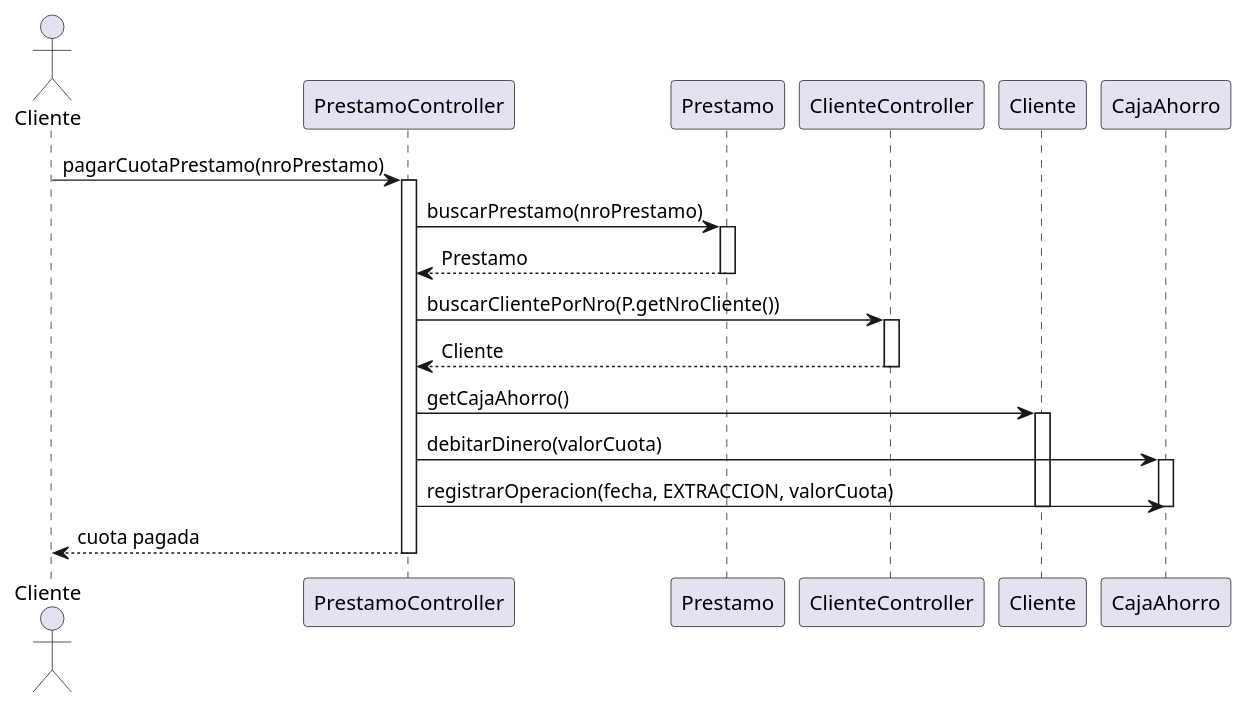
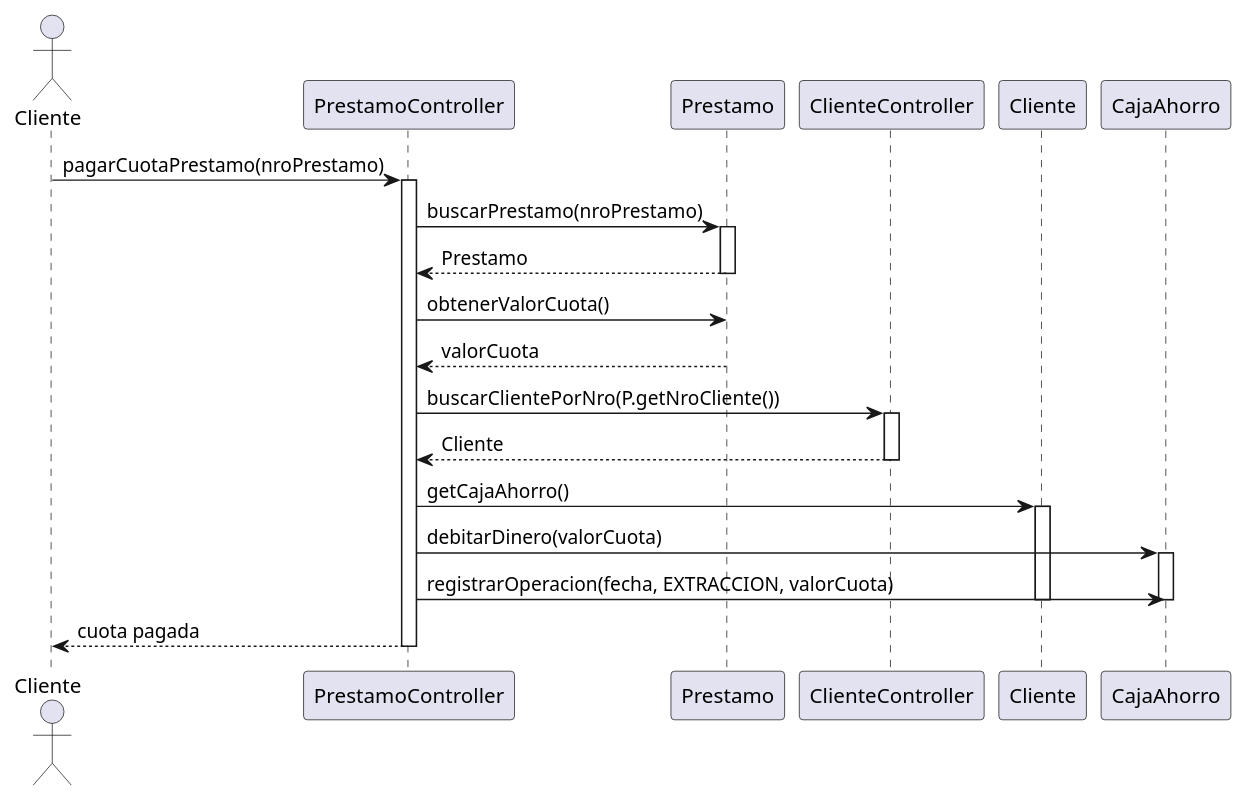
Before and after one commit to CoachEmilio/FinalAdelantadoPOO: the diagram in src/main/java/org/uade/diagrams/RegistroPagoCuotaMensual.puml, drawn with PlantUML. The commit also changed 2 other files, not shown here.

Commit message:
Update Sequence Diagrams & new implementations with professor's feedback

```diff
--- a/src/main/java/org/uade/diagrams/RegistroPagoCuotaMensual.puml
+++ b/src/main/java/org/uade/diagrams/RegistroPagoCuotaMensual.puml
@@ -1,40 +1,44 @@
 @startuml
 actor Cliente
 participant "PrestamoController" as PC
 participant "Prestamo" as P
 participant "ClienteController" as CC
 participant "Cliente" as C
 participant "CajaAhorro" as CA
 
 ' El cliente solicita pagar la cuota mensual de un préstamo
 Cliente -> PC: pagarCuotaPrestamo(nroPrestamo)
 activate PC
 
 ' El controller busca el préstamo por su número
 PC -> P: buscarPrestamo(nroPrestamo)
 activate P
 PC <-- P: Prestamo
 deactivate P
+
+' El controller obtiene el valor de la cuota
+PC -> P: obtenerValorCuota()
+PC <-- P: valorCuota
 
 ' El controller busca el cliente asociado al préstamo
 PC -> CC: buscarClientePorNro(P.getNroCliente())
 activate CC
 PC <-- CC: Cliente
 deactivate CC
 
 ' Se obtiene la caja de ahorro del cliente
 PC -> C: getCajaAhorro()
 activate C
 PC -> CA: debitarDinero(valorCuota)
 activate CA
 
 ' Se registra la operación de extracción en la caja de ahorro
 PC -> CA: registrarOperacion(fecha, EXTRACCION, valorCuota)
 deactivate CA
 deactivate C
 
 ' Se confirma el pago al cliente
 PC --> Cliente: cuota pagada
 deactivate PC
 
-@endumluml
+@enduml
```
